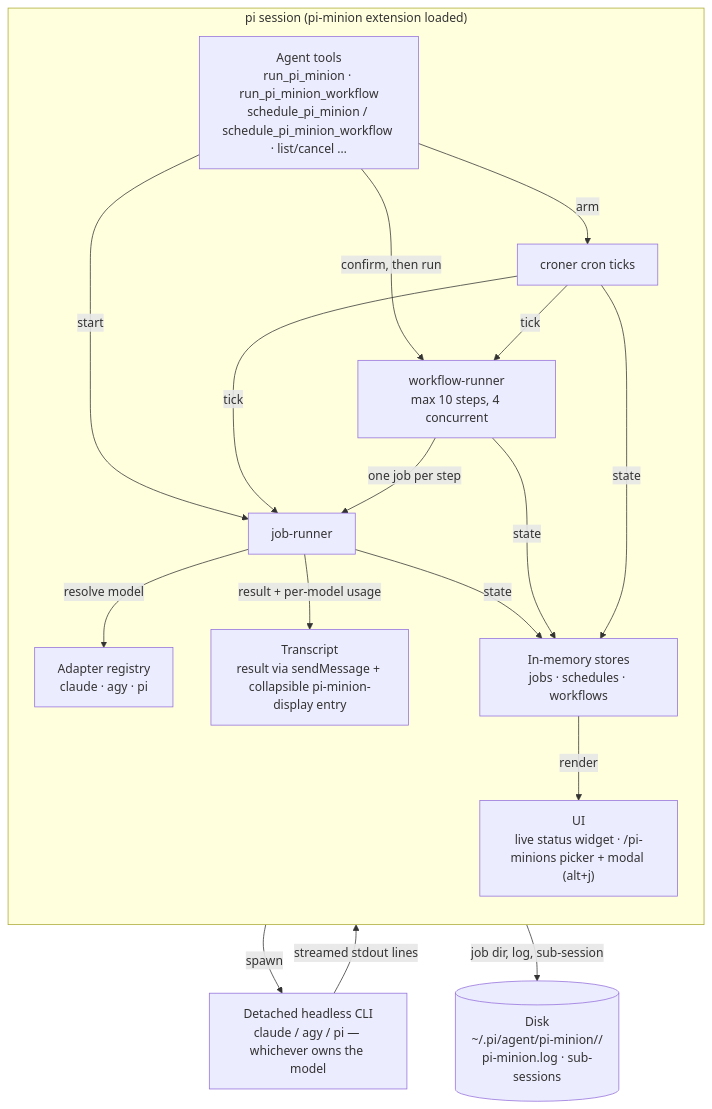
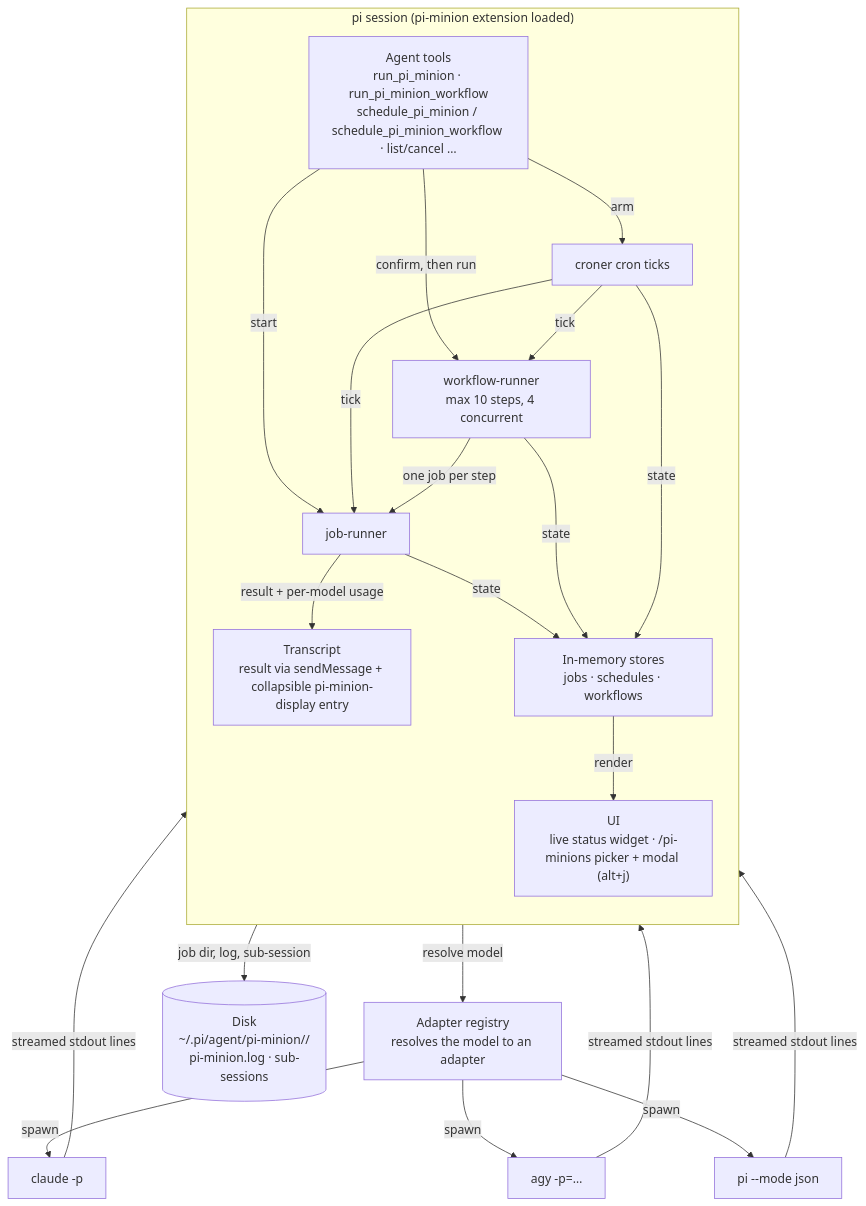
One commit to junkfactory/pi-minion changed the diagram in README.md. Above: the diagram before and after it, drawn with Mermaid.

Commit message:
chore: Better diagram

````diff
--- a/README.md
+++ b/README.md
@@ -12,33 +12,41 @@
 ```mermaid
 flowchart TB
     subgraph session["pi session (pi-minion extension loaded)"]
         direction TB
         tools["Agent tools<br/>run_pi_minion · run_pi_minion_workflow<br/>schedule_pi_minion / schedule_pi_minion_workflow · list/cancel …"]
         cron["croner cron ticks"]
         workflow["workflow-runner<br/>max 10 steps, 4 concurrent"]
         stores["In-memory stores<br/>jobs · schedules · workflows"]
         runner["job-runner"]
-        adapters["Adapter registry<br/>claude · agy · pi"]
         ui["UI<br/>live status widget · /pi-minions picker + modal (alt+j)"]
         transcript["Transcript<br/>result via sendMessage + collapsible pi-minion-display entry"]
     end
 
-    minion["Detached headless CLI<br/>claude / agy / pi — whichever owns the model"]
+    adapters["Adapter registry<br/>resolves the model to an adapter"]
+
+    claude["claude -p"]
+    agy["agy -p=…"]
+    pi["pi --mode json"]
+
     disk[("Disk<br/>~/.pi/agent/pi-minion/<job id>/<br/>pi-minion.log · sub-sessions")]
 
     tools -->|start| runner
     tools -->|confirm, then run| workflow
     tools -->|arm| cron
     cron -->|tick| runner
     cron -->|tick| workflow
     workflow -->|one job per step| runner
     runner -->|resolve model| adapters
-    adapters -->|spawn| minion
-    minion -->|streamed stdout lines| runner
+    adapters -->|spawn| claude
+    adapters -->|spawn| agy
+    adapters -->|spawn| pi
+    claude -->|streamed stdout lines| runner
+    agy -->|streamed stdout lines| runner
+    pi -->|streamed stdout lines| runner
     runner -->|result + per-model usage| transcript
     runner -->|state| stores
     workflow -->|state| stores
     cron -->|state| stores
     stores -->|render| ui
     runner -->|"job dir, log, sub-session"| disk
 ```
````
